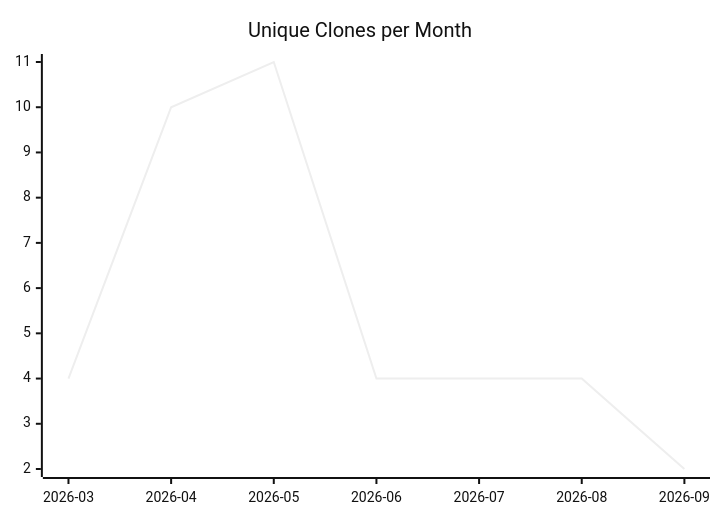
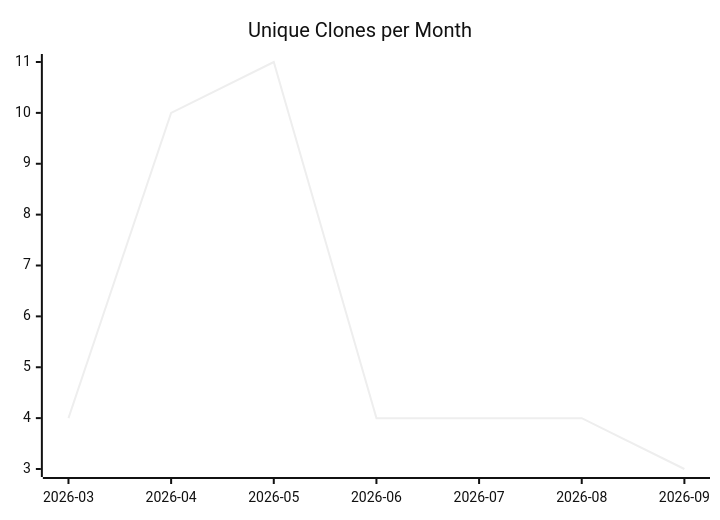
One commit to justdavis-family/github-analytics-data changed the third of 3 diagrams in karlmdavis/workstation-base-ansible-role/README.md. Above: the diagram before and after it, drawn with Mermaid (neutral theme). The commit also changed other lines of this file and 198 other files, not shown here.

````diff
--- a/karlmdavis/workstation-base-ansible-role/README.md
+++ b/karlmdavis/workstation-base-ansible-role/README.md
@@ -19,6 +19,6 @@
 ```mermaid
 xychart-beta
   title "Unique Clones per Month"
   x-axis ["2026-03", "2026-04", "2026-05", "2026-06", "2026-07", "2026-08", "2026-09"]
-  line [4, 10, 11, 4, 4, 4, 2]
+  line [4, 10, 11, 4, 4, 4, 3]
 ```
````
